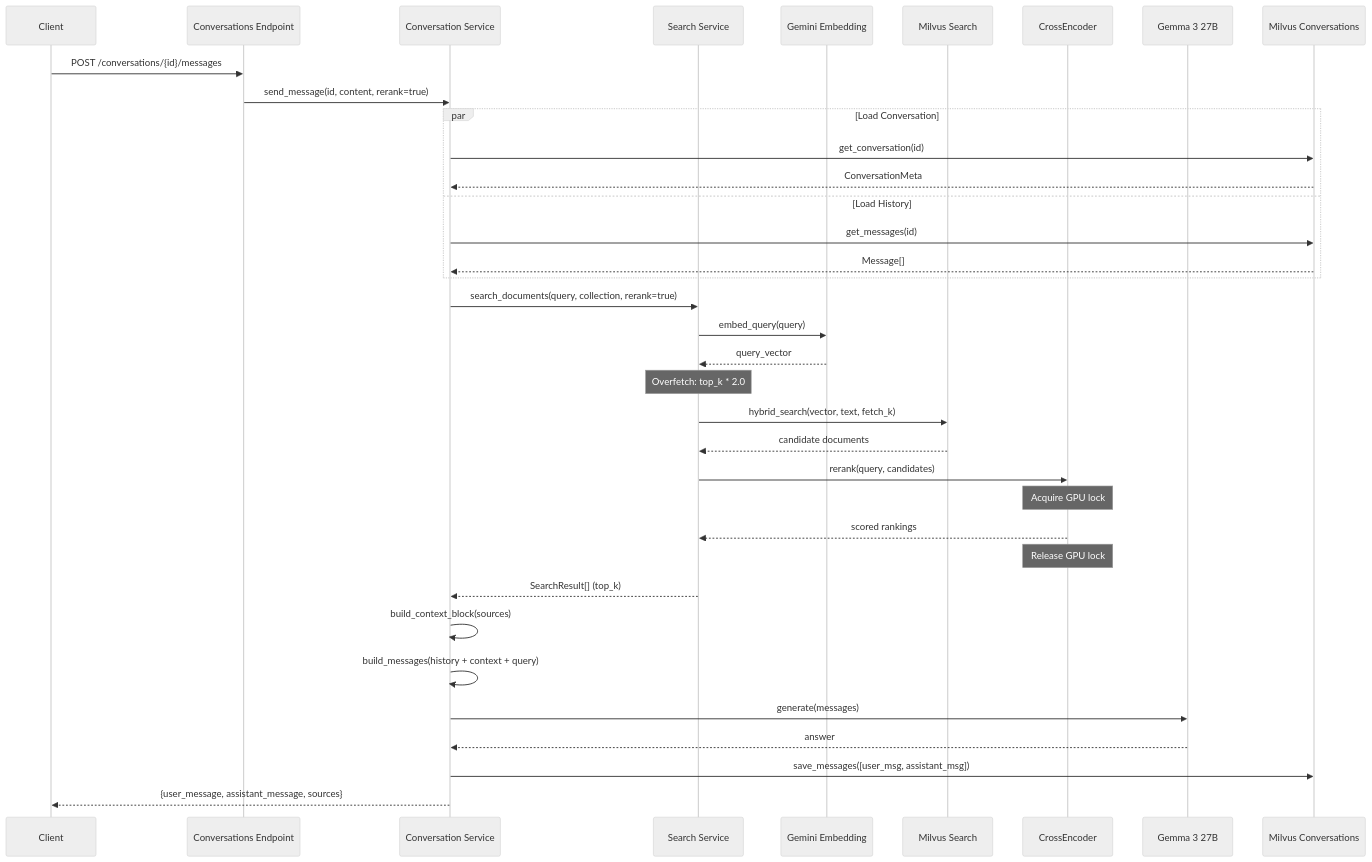
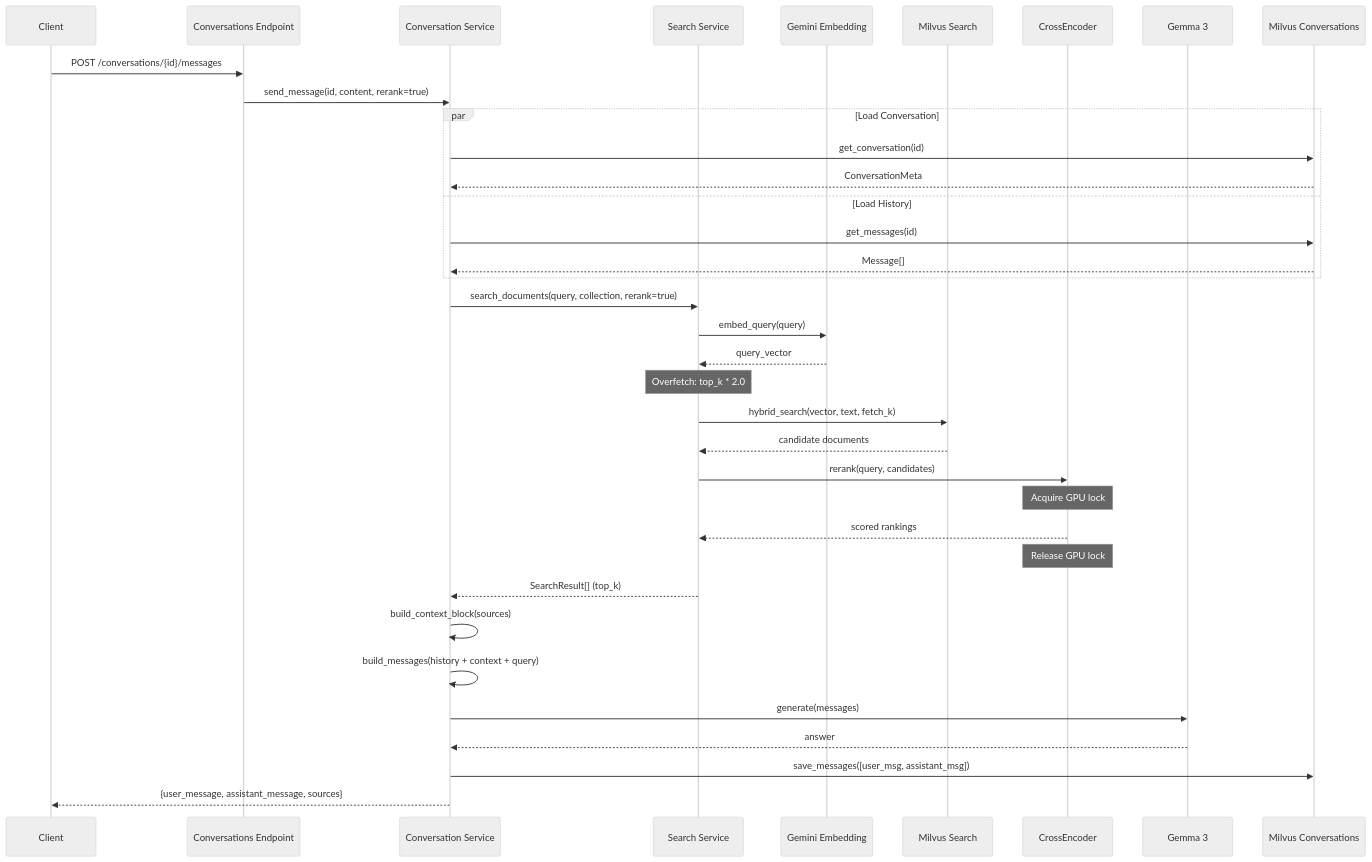
The third of 6 diagrams in README.md (weecici/audio-rag), drawn with Mermaid (neutral theme) before and after one commit. The commit also changed other lines of this file, not shown here.

Commit message:
docs: update search workflow diagram in README

````diff
--- a/README.md
+++ b/README.md
@@ -435,46 +435,46 @@
 ```mermaid
 sequenceDiagram
     participant Client
     participant API as Conversations Endpoint
     participant Conv as Conversation Service
     participant Search as Search Service
     participant Embed as Gemini Embedding
     participant Milvus as Milvus Search
     participant Rerank as CrossEncoder
-    participant LLM as Gemma 3 27B
+    participant LLM as Gemma 3
     participant Store as Milvus Conversations
 
     Client->>API: POST /conversations/{id}/messages
     API->>Conv: send_message(id, content, rerank=true)
 
     par Load Conversation
         Conv->>Store: get_conversation(id)
         Store-->>Conv: ConversationMeta
     and Load History
         Conv->>Store: get_messages(id)
         Store-->>Conv: Message[]
     end
 
     Conv->>Search: search_documents(query, collection, rerank=true)
     Search->>Embed: embed_query(query)
     Embed-->>Search: query_vector
 
     Note over Search: Overfetch: top_k * 2.0
     Search->>Milvus: hybrid_search(vector, text, fetch_k)
     Milvus-->>Search: candidate documents
 
     Search->>Rerank: rerank(query, candidates)
     Note over Rerank: Acquire GPU lock
     Rerank-->>Search: scored rankings
     Note over Rerank: Release GPU lock
 
     Search-->>Conv: SearchResult[] (top_k)
 
     Conv->>Conv: build_context_block(sources)
     Conv->>Conv: build_messages(history + context + query)
     Conv->>LLM: generate(messages)
     LLM-->>Conv: answer
 
     Conv->>Store: save_messages([user_msg, assistant_msg])
     Conv-->>Client: {user_message, assistant_message, sources}
 ```
````
